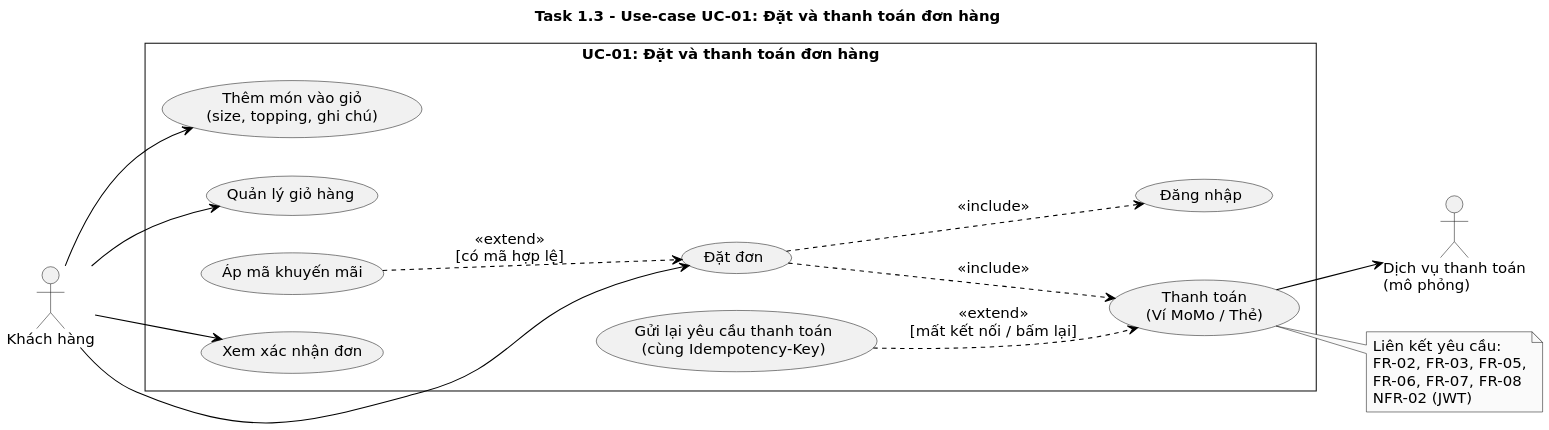
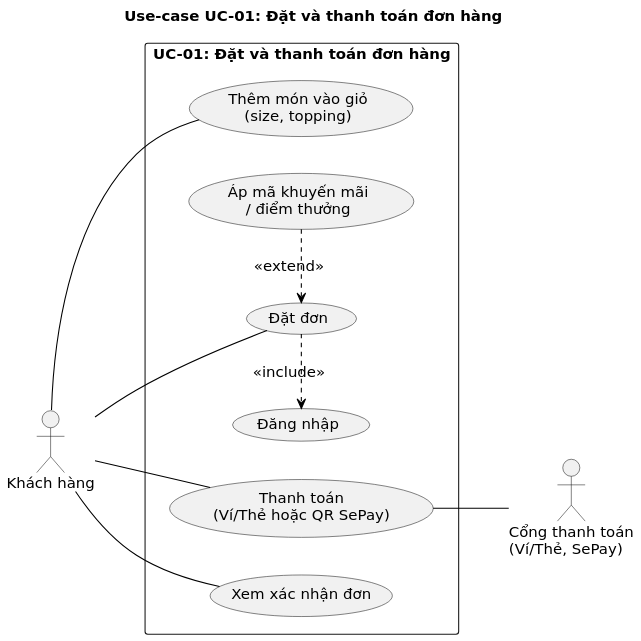
The diagram in docs/diagrams/Task1_3_UseCase.puml (Bao3Q/PhucLong), drawn with PlantUML before and after one commit. The commit also changed 10 other files, not shown here.

First line of the commit message:
docs: vẽ lại sơ đồ use-case khớp với hệ thống

```diff
--- a/docs/diagrams/Task1_3_UseCase.puml
+++ b/docs/diagrams/Task1_3_UseCase.puml
@@ -1,46 +1,35 @@
 @startuml
 skinparam backgroundColor white
 skinparam monochrome true
 skinparam shadowing false
-skinparam roundCorner 0
 skinparam defaultFontName DejaVu Sans
 skinparam defaultFontSize 14
 skinparam ArrowColor black
 skinparam dpi 160
 skinparam packageStyle rectangle
 left to right direction
 
-title Task 1.3 - Use-case UC-01: Đặt và thanh toán đơn hàng
+title Use-case UC-01: Đặt và thanh toán đơn hàng
 
 actor "Khách hàng" as KH
-actor "Dịch vụ thanh toán\n(mô phỏng)" as PAY
 
 rectangle "UC-01: Đặt và thanh toán đơn hàng" {
-  usecase "Thêm món vào giỏ\n(size, topping, ghi chú)" as ADD
-  usecase "Quản lý giỏ hàng" as CART
+  usecase "Thêm món vào giỏ\n(size, topping)" as ADD
+  usecase "Áp mã khuyến mãi\n/ điểm thưởng" as PROMO
   usecase "Đặt đơn" as ORDER
   usecase "Đăng nhập" as LOGIN
-  usecase "Thanh toán\n(Ví MoMo / Thẻ)" as PAYUC
-  usecase "Áp mã khuyến mãi" as PROMO
-  usecase "Gửi lại yêu cầu thanh toán\n(cùng Idempotency-Key)" as RETRY
+  usecase "Thanh toán\n(Ví/Thẻ hoặc QR SePay)" as PAYUC
   usecase "Xem xác nhận đơn" as CONFIRM
 }
 
-KH --> ADD
-KH --> CART
-KH --> ORDER
-KH --> CONFIRM
-PAYUC --> PAY
+actor "Cổng thanh toán\n(Ví/Thẻ, SePay)" as PAY
 
-ORDER ..> LOGIN : <<include>>
-ORDER ..> PAYUC : <<include>>
-PROMO ..> ORDER : <<extend>>\n[có mã hợp lệ]
-RETRY ..> PAYUC : <<extend>>\n[mất kết nối / bấm lại]
+KH -- ADD
+KH -- ORDER
+KH -- PAYUC
+KH -- CONFIRM
 
-note right of PAYUC
-  Liên kết yêu cầu:
-  FR-02, FR-03, FR-05,
-  FR-06, FR-07, FR-08
-  NFR-02 (JWT)
-end note
+PROMO .[norank].> ORDER : <<extend>>
+ORDER .[norank].> LOGIN : <<include>>
+PAYUC -- PAY
 @enduml
```
